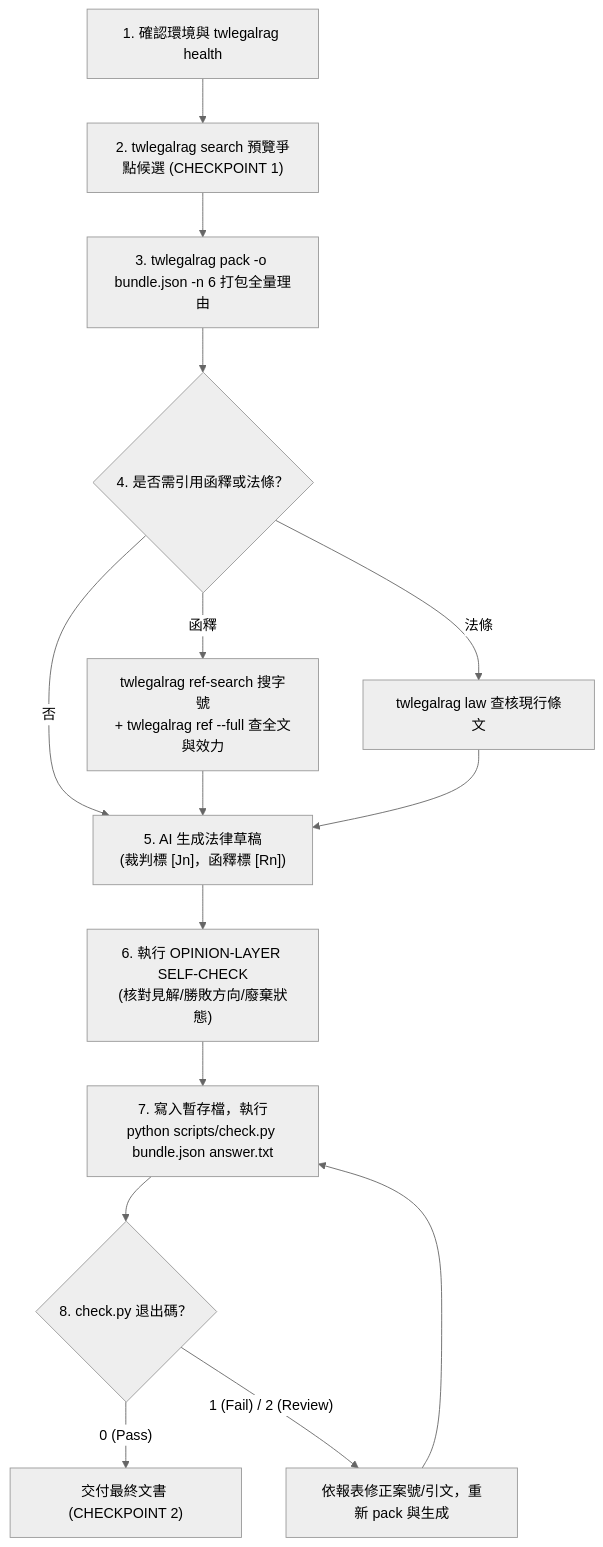
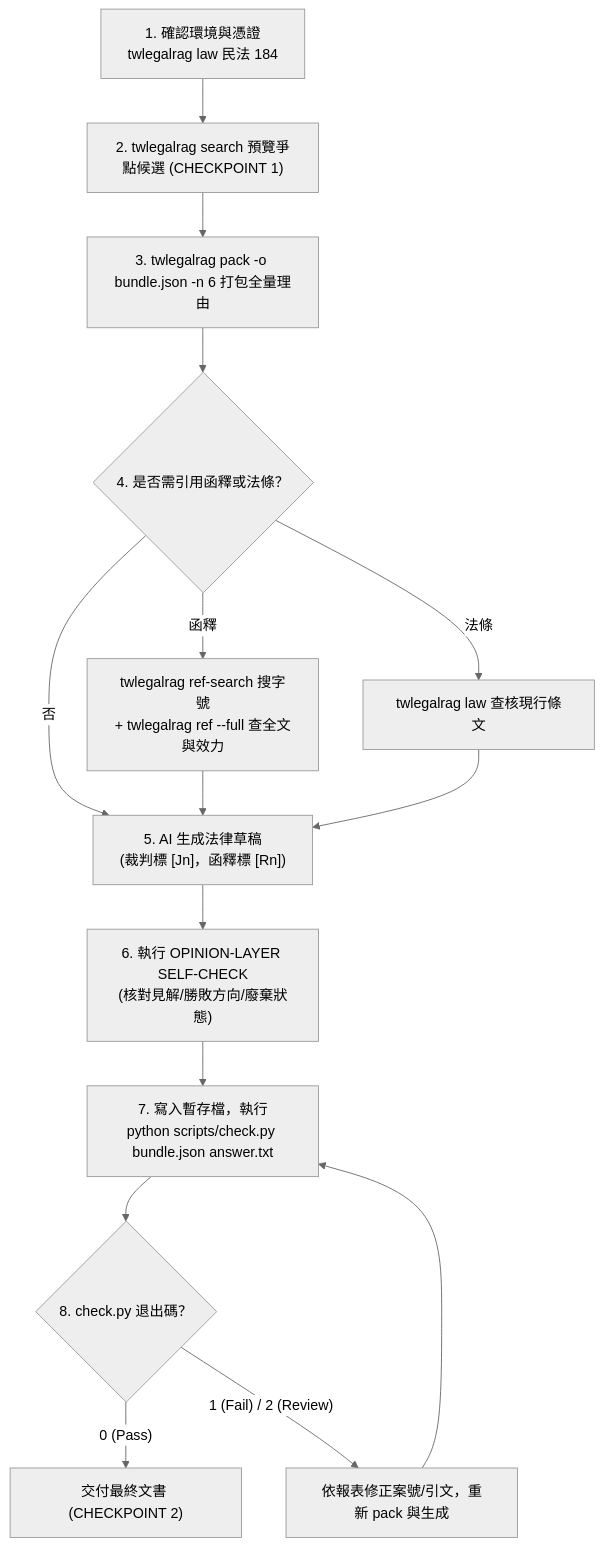
Before and after one commit to lexchang53/Legal-Pleading-Suite: the diagram in twlegalrag-search/SKILL.md, drawn with Mermaid (neutral theme). The commit also changed other lines of this file and 1 other file, not shown here.

First line of the commit message:
feat(twlegalrag-search): 因應 TLR 登入制新增認證設定與 401 處理

````diff
--- a/twlegalrag-search/SKILL.md
+++ b/twlegalrag-search/SKILL.md
@@ -117,17 +145,17 @@
 ```mermaid
 flowchart TD
-    A["1. 確認環境與 twlegalrag health"] --> B["2. twlegalrag search 預覽爭點候選 (CHECKPOINT 1)"]
+    A["1. 確認環境與憑證<br>twlegalrag law 民法 184"] --> B["2. twlegalrag search 預覽爭點候選 (CHECKPOINT 1)"]
     B --> C["3. twlegalrag pack -o bundle.json -n 6 打包全量理由"]
     C --> D{"4. 是否需引用函釋或法條？"}
     D -- 函釋 --> E["twlegalrag ref-search 搜字號<br>+ twlegalrag ref --full 查全文與效力"]
     D -- 法條 --> F["twlegalrag law 查核現行條文"]
     D -- 否 --> G["5. AI 生成法律草稿<br>(裁判標 [Jn]，函釋標 [Rn])"]
     E --> G
     F --> G
     G --> H["6. 執行 OPINION-LAYER SELF-CHECK<br>(核對見解/勝敗方向/廢棄狀態)"]
     H --> I["7. 寫入暫存檔，執行<br>python scripts/check.py bundle.json answer.txt"]
     I --> J{"8. check.py 退出碼？"}
     J -- "0 (Pass)" --> K["交付最終文書 (CHECKPOINT 2)"]
     J -- "1 (Fail) / 2 (Review)" --> L["依報表修正案號/引文，重新 pack 與生成"]
     L --> I
 ```
````
